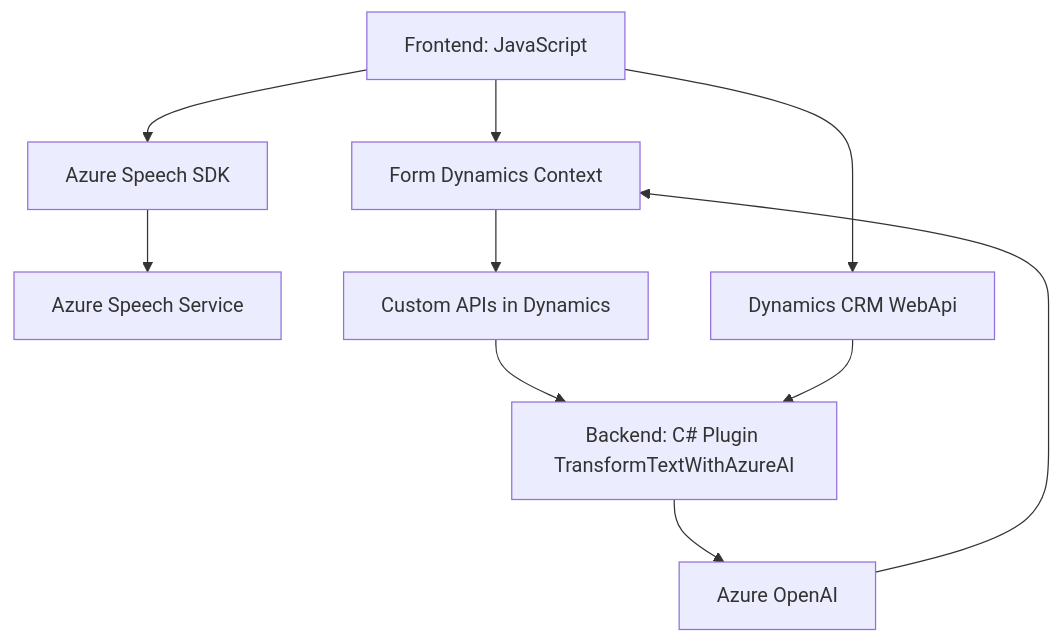
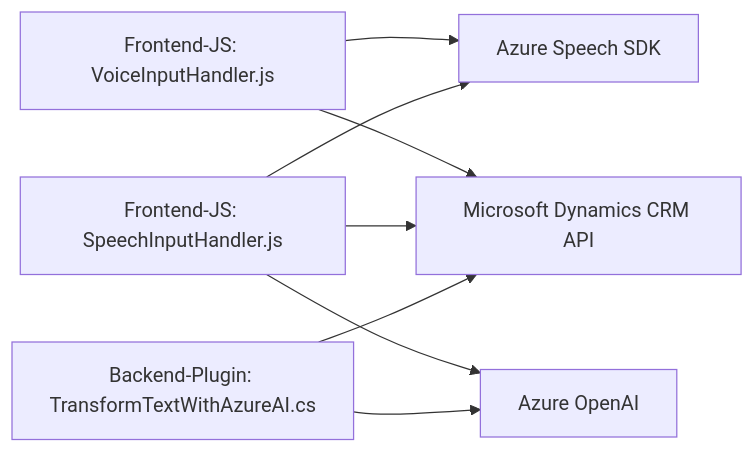
Before and after one commit to blopezdm/NETCORE_BILBAO2025: the diagram in README.md, drawn with Mermaid. The commit also changed other lines of this file, not shown here.

````diff
--- a/README.md
+++ b/README.md
@@ -64,20 +51,17 @@
 ```mermaid
-graph TD
-  A["Frontend: JavaScript"]
-  B["Azure Speech SDK"]
-  C["Form Dynamics Context"]
-  D["Backend: C# Plugin TransformTextWithAzureAI"]
-  E["Azure Speech Service"]
-  F["Azure OpenAI"]
-  G["Dynamics CRM WebApi"]
-  H["Custom APIs in Dynamics"]
-  A --> B
-  A --> C
-  B --> E
-  A --> G
-  C --> H
-  H --> D
-  D --> F
-  F --> C
-  G --> D
+graph LR
+A["Frontend-JS: VoiceInputHandler.js"]
+B["Frontend-JS: SpeechInputHandler.js"]
+C["Backend-Plugin: TransformTextWithAzureAI.cs"]
+D["Azure Speech SDK"]
+E["Azure OpenAI"]
+F["Microsoft Dynamics CRM API"]
+
+A --> D
+B --> D
+B --> E
+C --> E
+A --> F
+B --> F
+C --> F
 ```
````
